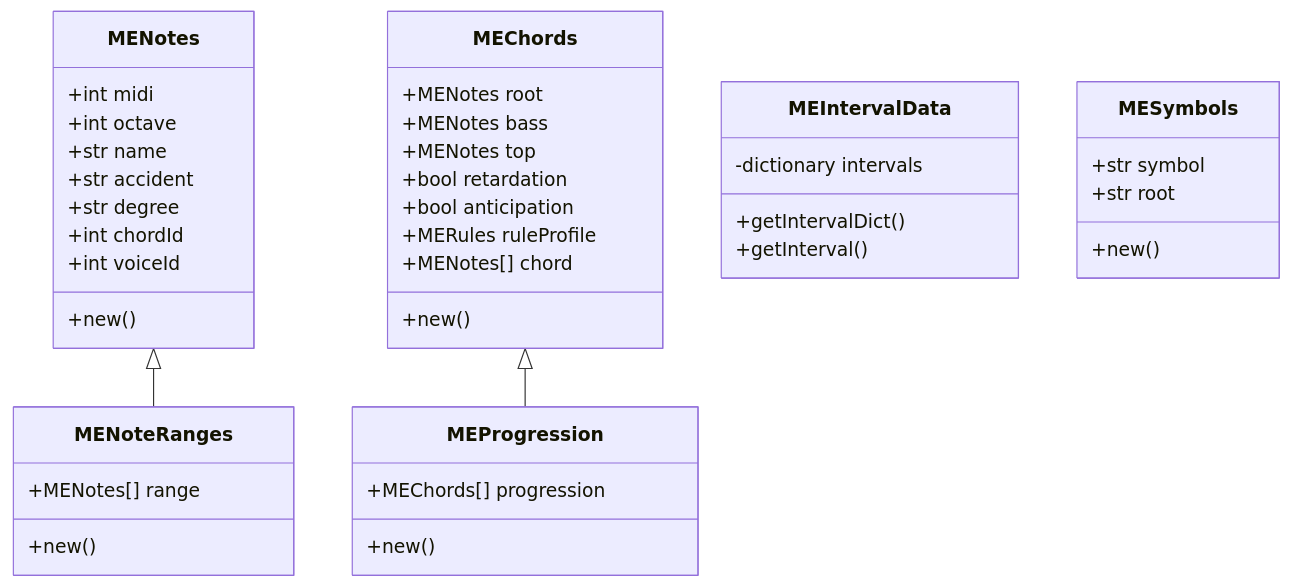
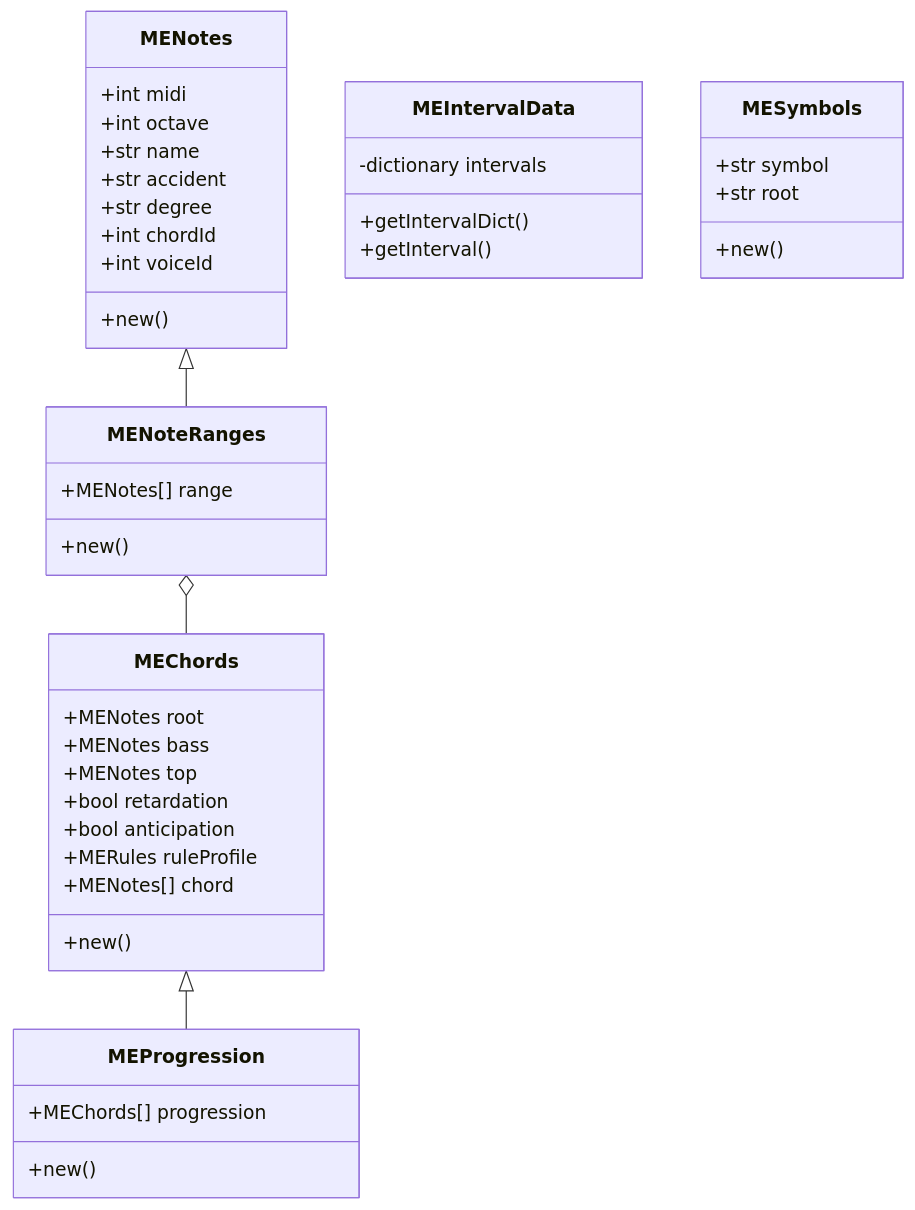
Before and after one commit to iamsiriil/sc_musicengine: the diagram in README.md, drawn with Mermaid.

````diff
--- a/README.md
+++ b/README.md
@@ -1,48 +1,49 @@
 ```mermaid
 classDiagram
     MENotes <|-- MENoteRanges
+    MENoteRanges o-- MEChords
     MEChords <|-- MEProgression
     class MENotes {
         +int midi
         +int octave
         +str name
         +str accident
         +str degree
         +int chordId
         +int voiceId
         +new()
     }
 
     class MENoteRanges {
         +MENotes[] range
         +new()
     }
 
     class MEIntervalData {
         -dictionary intervals
         +getIntervalDict()
         +getInterval()
     }
 
     class MESymbols {
         +str symbol
         +str root
         +new()
     }
 
     class MEChords {
         +MENotes root
         +MENotes bass
         +MENotes top
         +bool retardation
         +bool anticipation
         +MERules ruleProfile
         +MENotes[] chord
         +new()
     }
 
     class MEProgression {
         +MEChords[] progression
         +new()
     }
 ```
````
